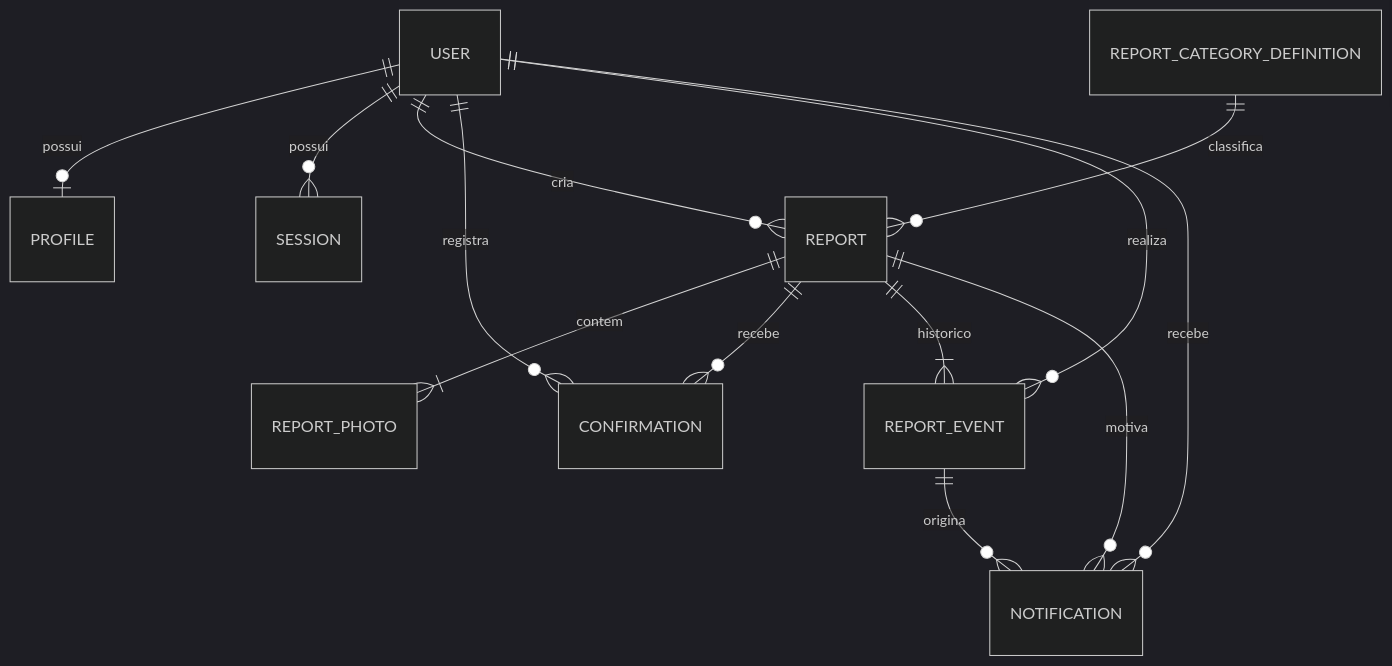
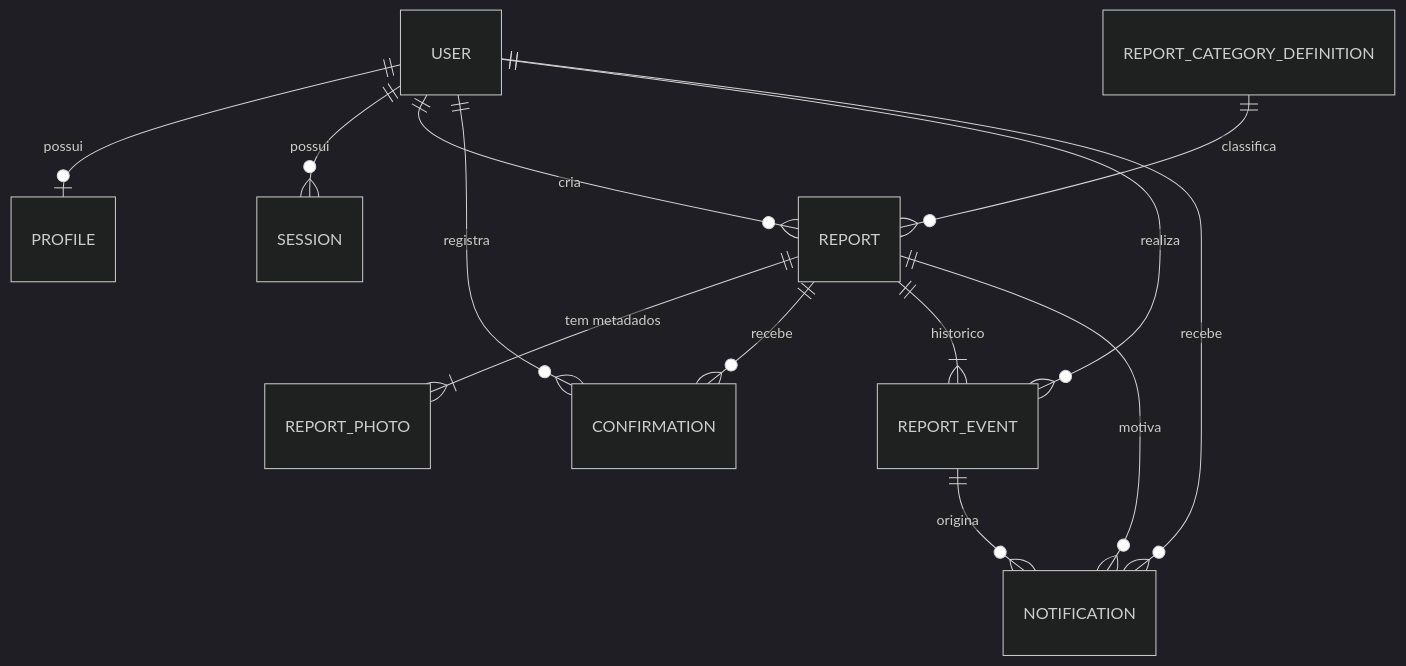
The diagram in docs/data-model.md (Duck1201/MyCity), drawn with Mermaid (dark theme) before and after one commit. The commit also changed other lines of this file and 40 other files, not shown here.

````diff
--- a/docs/data-model.md
+++ b/docs/data-model.md
@@ -24,15 +24,15 @@
 ```mermaid
 erDiagram
     USER ||--o| PROFILE : possui
     USER ||--o{ SESSION : possui
     USER ||--o{ REPORT : cria
     REPORT_CATEGORY_DEFINITION ||--o{ REPORT : classifica
-    REPORT ||--|{ REPORT_PHOTO : contem
+    REPORT ||--|{ REPORT_PHOTO : "tem metadados"
     REPORT ||--o{ CONFIRMATION : recebe
     USER ||--o{ CONFIRMATION : registra
     REPORT ||--|{ REPORT_EVENT : historico
     USER ||--o{ REPORT_EVENT : realiza
     REPORT_EVENT ||--o{ NOTIFICATION : origina
     USER ||--o{ NOTIFICATION : recebe
     REPORT ||--o{ NOTIFICATION : motiva
 ```
````
